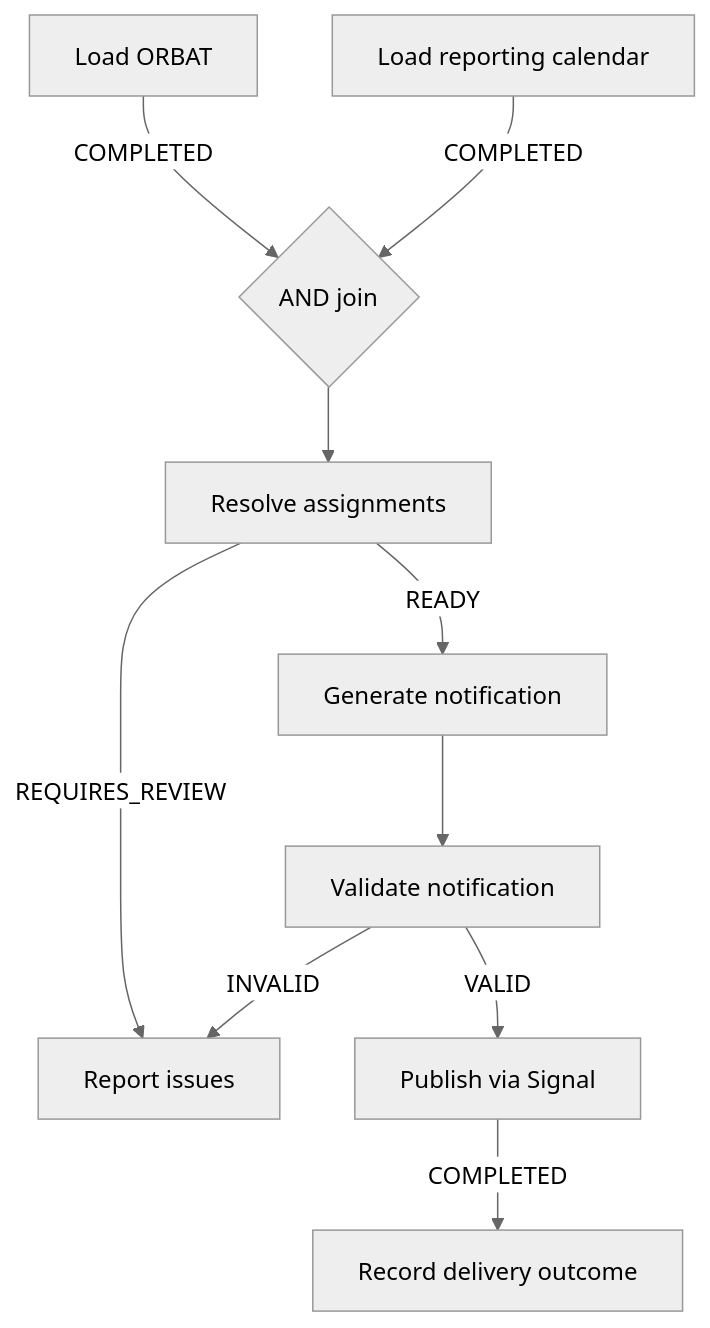
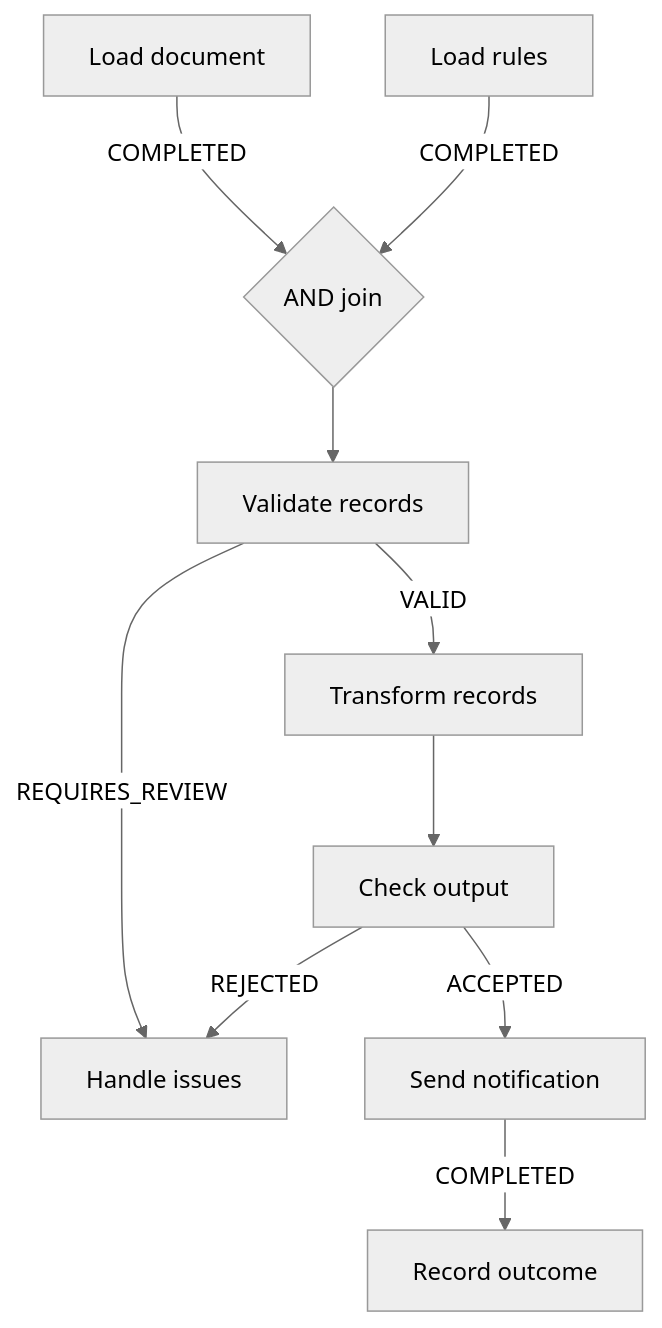
Before and after one commit to lodivandijk/architecture: the fifth of 6 diagrams in Governed_Execution_Graph_Architecture_v0.1.md, drawn with Mermaid (neutral theme). The commit also changed other lines of this file, not shown here.

Commit message:
Update architecture specification to v0.2

````diff
--- a/Governed_Execution_Graph_Architecture_v0.1.md
+++ b/Governed_Execution_Graph_Architecture_v0.1.md
@@ -418,12 +418,12 @@
 ```mermaid
 flowchart TD
-  O[Load ORBAT] -->|COMPLETED| J{AND join}
-  C[Load reporting calendar] -->|COMPLETED| J
-  J --> R[Resolve assignments]
-  R -->|READY| G[Generate notification]
-  R -->|REQUIRES_REVIEW| I[Report issues]
-  G --> V[Validate notification]
-  V -->|VALID| P[Publish via Signal]
-  V -->|INVALID| I
-  P -->|COMPLETED| F[Record delivery outcome]
+  D[Load document] -->|COMPLETED| J{AND join}
+  R[Load rules] -->|COMPLETED| J
+  J --> V[Validate records]
+  V -->|VALID| T[Transform records]
+  V -->|REQUIRES_REVIEW| I[Handle issues]
+  T --> C[Check output]
+  C -->|ACCEPTED| N[Send notification]
+  C -->|REJECTED| I
+  N -->|COMPLETED| F[Record outcome]
 ```
````
